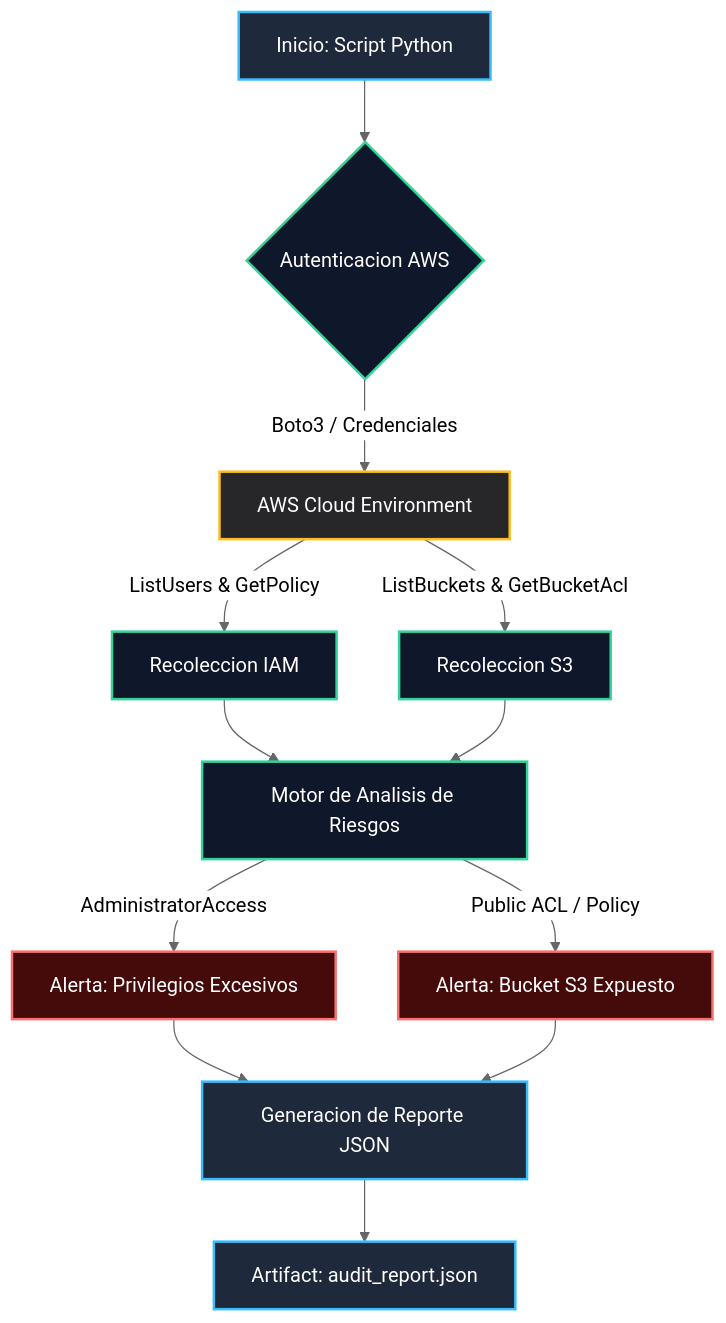
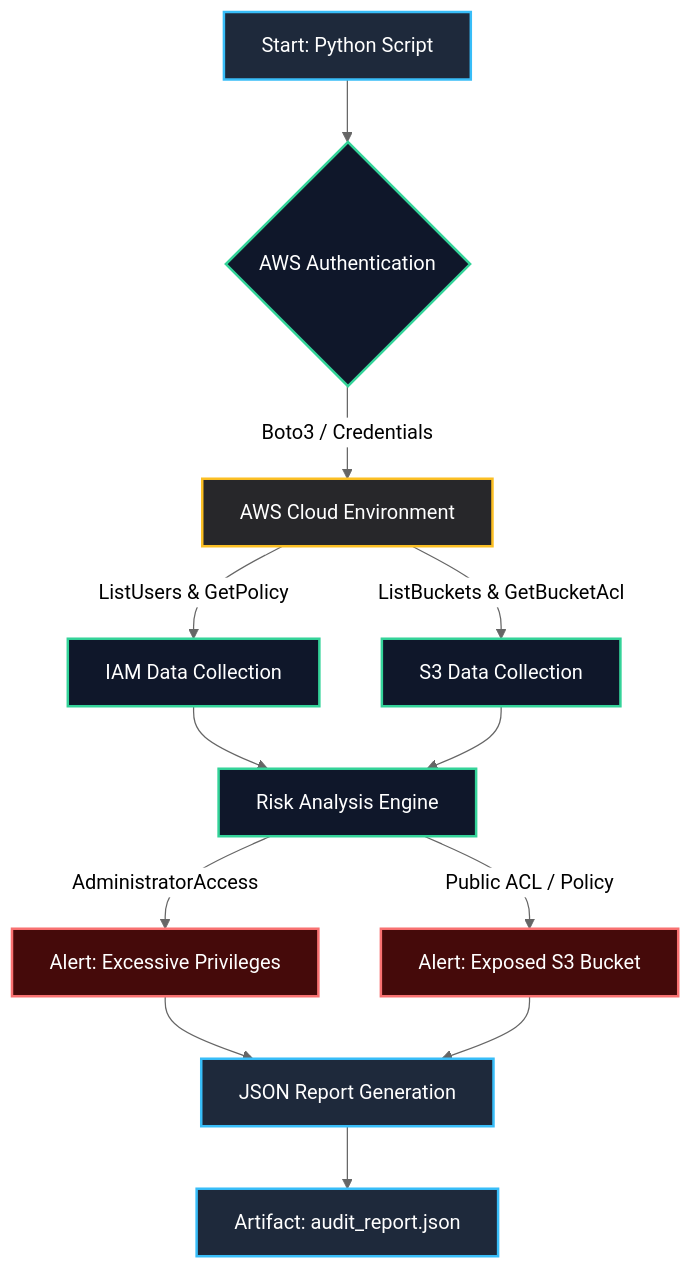
One commit to Ruben212913/AWS-Security-Engineering changed the diagram in Project-01-Cloud-Identity-Auditor/README.md. Above: the diagram before and after it, drawn with Mermaid (neutral theme). The commit also changed other lines of this file and 1 other file, not shown here.

````diff
--- a/Project-01-Cloud-Identity-Auditor/README.md
+++ b/Project-01-Cloud-Identity-Auditor/README.md
@@ -13,18 +13,18 @@
 ```mermaid
 graph TD
     classDef client fill:#1e293b,stroke:#38bdf8,stroke-width:2px,color:#fff;
     classDef process fill:#0f172a,stroke:#34d399,stroke-width:2px,color:#fff;
     classDef aws fill:#27272a,stroke:#fbbf24,stroke-width:2px,color:#fff;
     classDef alert fill:#450a0a,stroke:#f87171,stroke-width:2px,color:#fff;
-    A[Inicio: Script Python]:::client --> B{Autenticacion AWS}:::process
-    B -->|Boto3 / Credenciales| C[AWS Cloud Environment]:::aws
-    C -->|ListUsers & GetPolicy| D[Recoleccion IAM]:::process
-    C -->|ListBuckets & GetBucketAcl| E[Recoleccion S3]:::process
-    D --> F[Motor de Analisis de Riesgos]:::process
+    A[Start: Python Script]:::client --> B{AWS Authentication}:::process
+    B -->|Boto3 / Credentials| C[AWS Cloud Environment]:::aws
+    C -->|ListUsers & GetPolicy| D[IAM Data Collection]:::process
+    C -->|ListBuckets & GetBucketAcl| E[S3 Data Collection]:::process
+    D --> F[Risk Analysis Engine]:::process
     E --> F
-    F -->|AdministratorAccess| G[Alerta: Privilegios Excesivos]:::alert
-    F -->|Public ACL / Policy| H[Alerta: Bucket S3 Expuesto]:::alert
-    G --> I[Generacion de Reporte JSON]:::client
+    F -->|AdministratorAccess| G[Alert: Excessive Privileges]:::alert
+    F -->|Public ACL / Policy| H[Alert: Exposed S3 Bucket]:::alert
+    G --> I[JSON Report Generation]:::client
     H --> I
     I --> J[Artifact: audit_report.json]:::client
 ```
````
